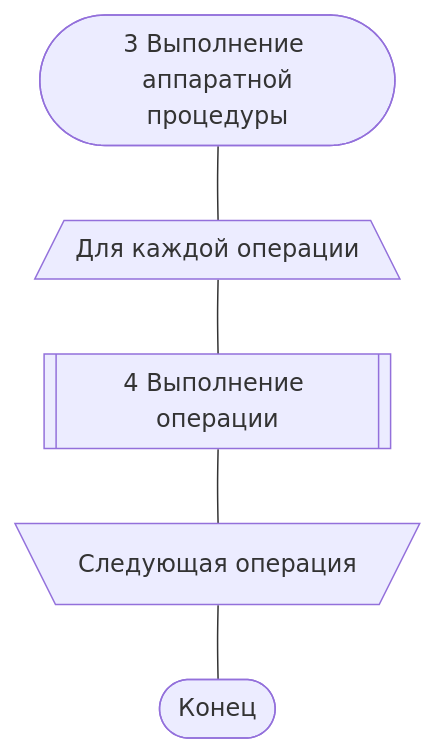
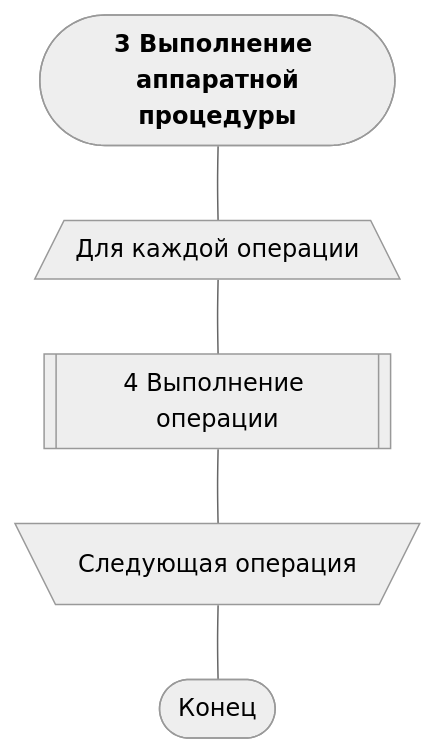
One commit to savushkin-r-d/ptusa_main changed the second of 5 diagrams in russian_readme/readme.md. Above: the diagram before and after it, drawn with Mermaid. The commit also changed other lines of this file and 1 other file, not shown here.

````diff
--- a/russian_readme/readme.md
+++ b/russian_readme/readme.md
@@ -41,10 +41,10 @@
 ``` mermaid
+%%{ init: {'theme': 'neutral'} }%%
 
 flowchart TD
-
-    A(["3 Выполнение <br/> аппаратной процедуры"]) --- B[/Для каждой операции\]
+    A(["<b>3 Выполнение <br/> аппаратной процедуры</b>"]) --- B[/Для каждой операции\]
     B --- C[[4 Выполнение операции]]
     C --- D[\Следующая операция/]
     D --- E([Конец])
 
 ```
````
